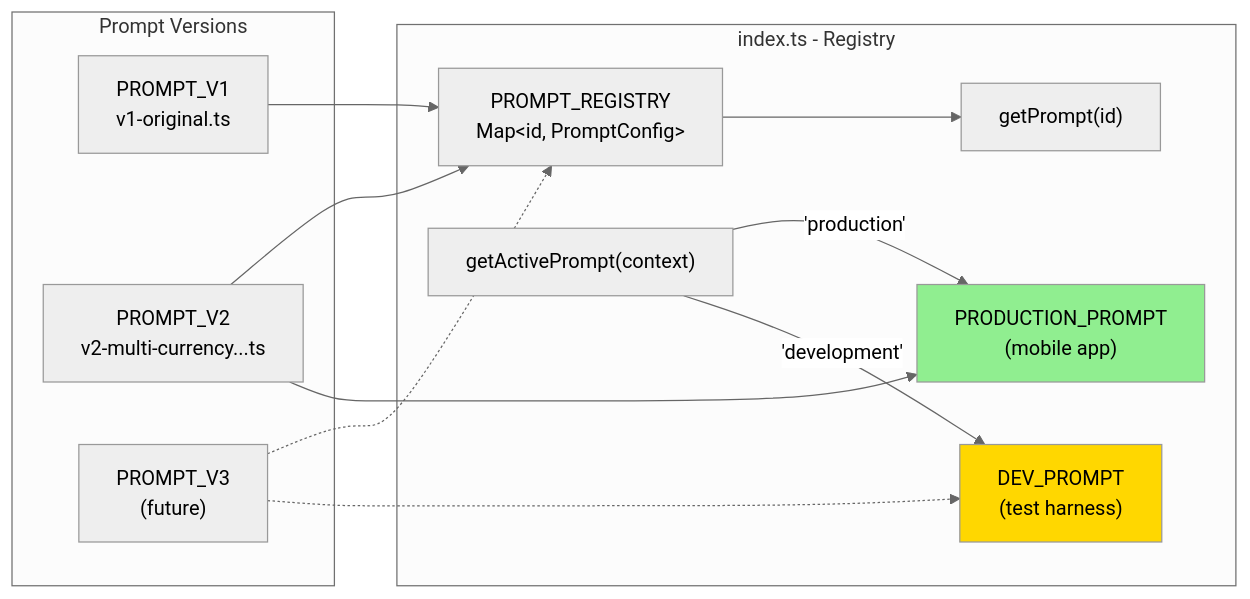
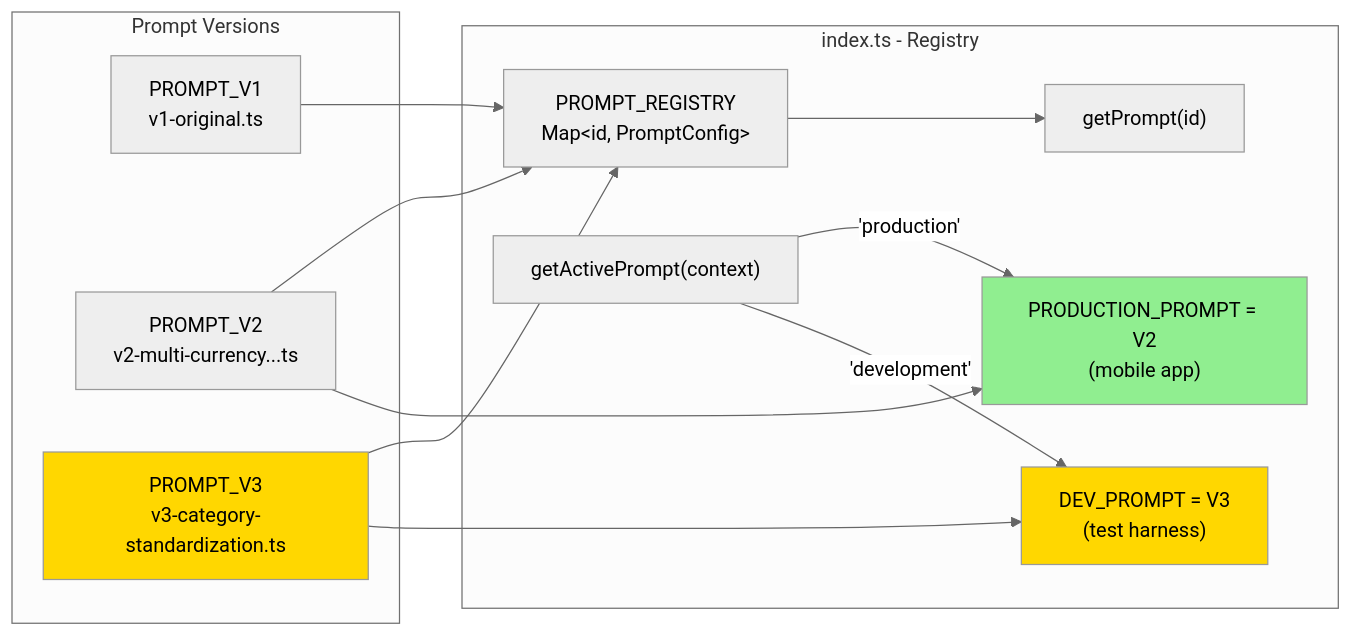
One commit to Brownbull/gmni_boletapp changed the third of 8 diagrams in prompt-testing/ARCHITECTURE.md. Above: the diagram before and after it, drawn with Mermaid (neutral theme). The commit also changed other lines of this file and 200 other files, not shown here.

````diff
--- a/prompt-testing/ARCHITECTURE.md
+++ b/prompt-testing/ARCHITECTURE.md
@@ -31,30 +70,31 @@
 ```mermaid
 flowchart LR
     subgraph Prompt Versions
         V1["PROMPT_V1<br/>v1-original.ts"]
         V2["PROMPT_V2<br/>v2-multi-currency...ts"]
-        V3["PROMPT_V3<br/>(future)"]
+        V3["PROMPT_V3<br/>v3-category-standardization.ts"]
     end
 
     subgraph index.ts["index.ts - Registry"]
         REGISTRY["PROMPT_REGISTRY<br/>Map&lt;id, PromptConfig&gt;"]
-        PROD["PRODUCTION_PROMPT<br/>(mobile app)"]
-        DEV["DEV_PROMPT<br/>(test harness)"]
+        PROD["PRODUCTION_PROMPT = V2<br/>(mobile app)"]
+        DEV["DEV_PROMPT = V3<br/>(test harness)"]
         getPrompt["getPrompt(id)"]
         getActive["getActivePrompt(context)"]
     end
 
     V1 --> REGISTRY
     V2 --> REGISTRY
-    V3 -.-> REGISTRY
+    V3 --> REGISTRY
 
     REGISTRY --> getPrompt
     V2 --> PROD
-    V3 -.-> DEV
+    V3 --> DEV
 
     getActive -->|"'production'"| PROD
     getActive -->|"'development'"| DEV
 
     style PROD fill:#90EE90
     style DEV fill:#FFD700
+    style V3 fill:#FFD700
 ```
````
